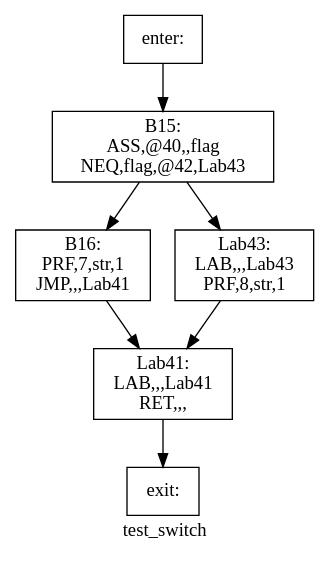
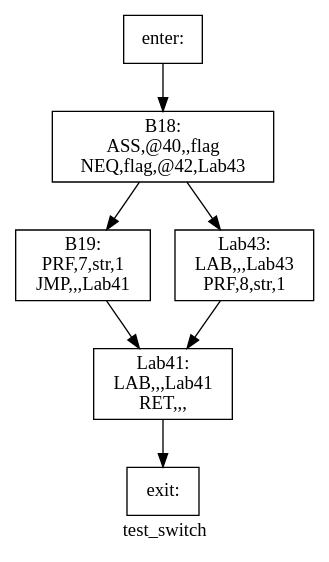
Before and after one commit to yifan123/Compiler: the diagram in Compiler/basic_block/dot/test_switch.dot, drawn with Graphviz. The commit also changed 157 other files, not shown here.

Commit message:
整个编译器已经完工，优化已做了： 1. 常量折叠 2. 划分基本块并使用graphviz绘制控制流图 3. 在parser时直接将所有常量的值计算出来 4. 到达定义分析，计算d-u链和活跃变量分析 5. 构建冲突图，图着色（这个可能还有bug） 6. 错误处理，错误skip，错误打印 接下来准备做： 1. 全局寄存器分配

```diff
--- a/Compiler/basic_block/dot/test_switch.dot
+++ b/Compiler/basic_block/dot/test_switch.dot
@@ -1,15 +1,15 @@
 digraph test_switch{
 label =test_switch
-B15[label="B15:\nASS,@40,,flag\nNEQ,flag,@42,Lab43\n" shape=box]
-B16[label="B16:\nPRF,7,str,1\nJMP,,,Lab41\n" shape=box]
+B18[label="B18:\nASS,@40,,flag\nNEQ,flag,@42,Lab43\n" shape=box]
+B19[label="B19:\nPRF,7,str,1\nJMP,,,Lab41\n" shape=box]
 Lab41[label="Lab41:\nLAB,,,Lab41\nRET,,,\n" shape=box]
 Lab43[label="Lab43:\nLAB,,,Lab43\nPRF,8,str,1\n" shape=box]
 enter[label="enter:\n" shape=box]
 exit[label="exit:\n" shape=box]
-B15->B16
-B15->Lab43
-B16->Lab41
+B18->B19
+B18->Lab43
+B19->Lab41
 Lab41->exit
 Lab43->Lab41
-enter->B15
+enter->B18
 }
```
